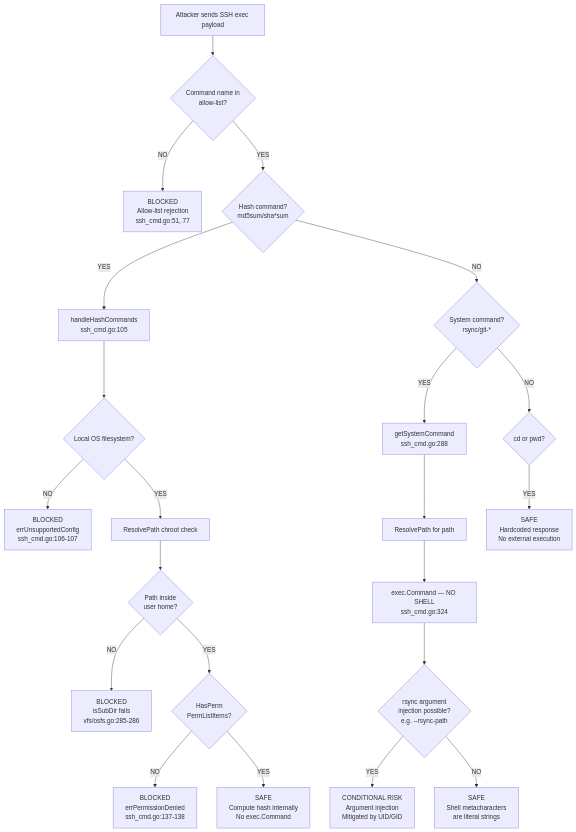
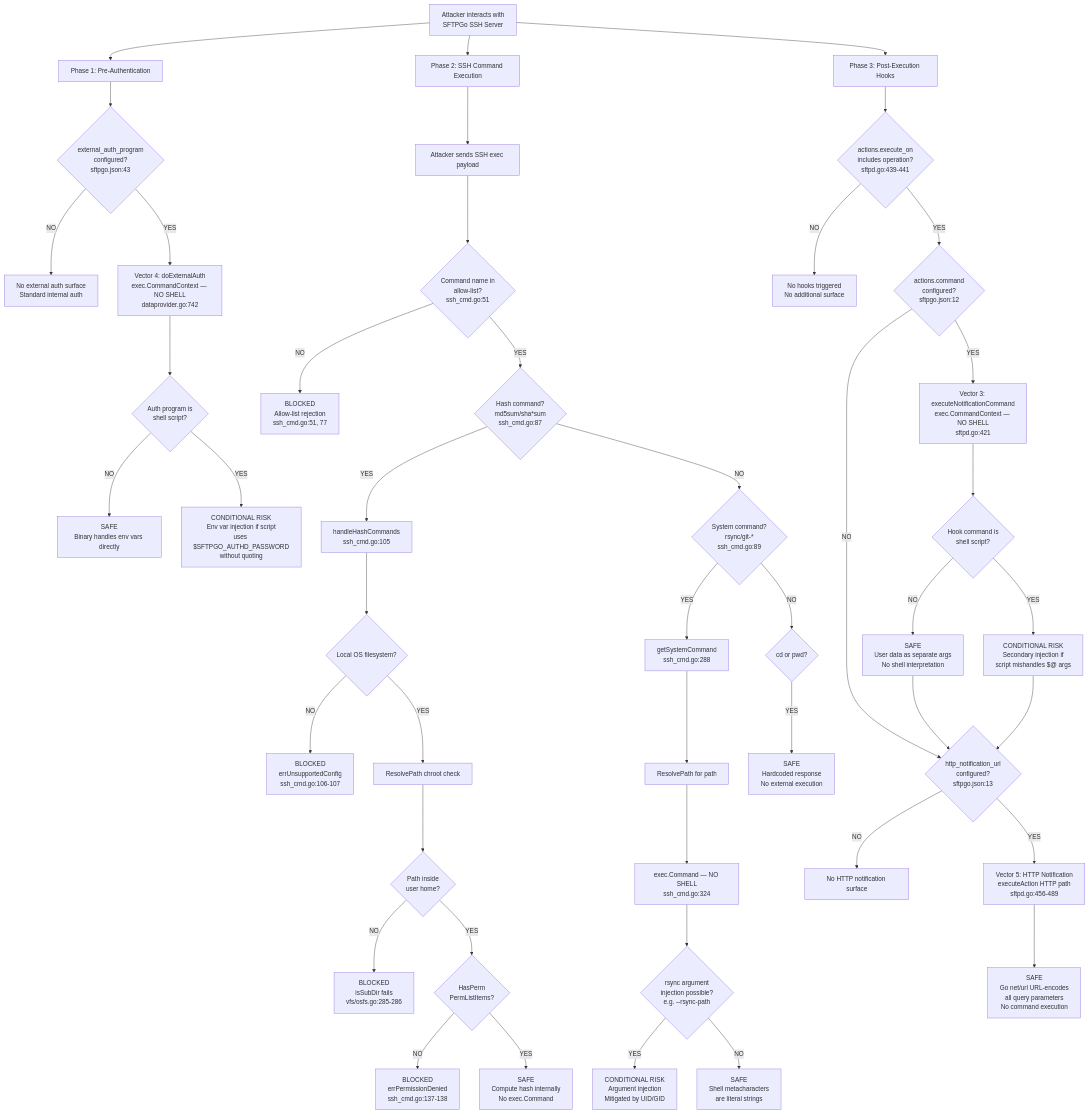
Before and after one commit to blitzy-research/sftpgo: the second of 3 diagrams in blitzy/documentation/sftpgo_44634210287c.md, drawn with Mermaid.

Commit message:
fix(docs): extend Attack Vector Decision Tree Mermaid diagram to cover all 5 injection vectors
- Added Phase 1 (Pre-Authentication) branch for Vector 4: External Auth Program
  with doExternalAuth exec.CommandContext reference (dataprovider.go:742)
- Preserved existing Phase 2 (SSH Command Execution) branches for Vectors 1 & 2
- Added Phase 3 (Post-Execution Hooks) branch for Vector 3: Action Hook Commands
  with executeNotificationCommand reference (sftpd.go:421)
- Added Phase 3 branch for Vector 5: HTTP Notification
  with executeAction HTTP path reference (sftpd.go:456-489)

Addresses QA finding: MINOR - Attack Vector Decision Tree missing Vectors 3-5

````diff
--- a/blitzy/documentation/sftpgo_44634210287c.md
+++ b/blitzy/documentation/sftpgo_44634210287c.md
@@ -1195,24 +1195,54 @@
 ```mermaid
 flowchart TD
-    A["Attacker sends SSH exec payload"] --> B{"Command name in<br/>allow-list?"}
+    START["Attacker interacts with<br/>SFTPGo SSH Server"] --> PHASE1["Phase 1: Pre-Authentication"]
+    START --> PHASE2["Phase 2: SSH Command Execution"]
+    START --> PHASE3["Phase 3: Post-Execution Hooks"]
+
+    %% === Vector 4: External Auth Program (Pre-Authentication) ===
+    PHASE1 --> V4CFG{"external_auth_program<br/>configured?<br/>sftpgo.json:43"}
+    V4CFG -- NO --> V4NONE["No external auth surface<br/>Standard internal auth"]
+    V4CFG -- YES --> V4["Vector 4: doExternalAuth<br/>exec.CommandContext — NO SHELL<br/>dataprovider.go:742"]
+    V4 --> V4SHELL{"Auth program is<br/>shell script?"}
+    V4SHELL -- NO --> V4SAFE["SAFE<br/>Binary handles env vars directly"]
+    V4SHELL -- YES --> V4RISK["CONDITIONAL RISK<br/>Env var injection if script<br/>uses $SFTPGO_AUTHD_PASSWORD<br/>without quoting"]
+
+    %% === Vectors 1 & 2: SSH Exec Channel (Command Execution) ===
+    PHASE2 --> A["Attacker sends SSH exec payload"]
+    A --> B{"Command name in<br/>allow-list?<br/>ssh_cmd.go:51"}
     B -- NO --> C["BLOCKED<br/>Allow-list rejection<br/>ssh_cmd.go:51, 77"]
-    B -- YES --> D{"Hash command?<br/>md5sum/sha*sum"}
+    B -- YES --> D{"Hash command?<br/>md5sum/sha*sum<br/>ssh_cmd.go:87"}
     D -- YES --> E["handleHashCommands<br/>ssh_cmd.go:105"]
     E --> F{"Local OS filesystem?"}
     F -- NO --> G["BLOCKED<br/>errUnsupportedConfig<br/>ssh_cmd.go:106-107"]
     F -- YES --> H["ResolvePath chroot check"]
     H --> I{"Path inside<br/>user home?"}
     I -- NO --> J["BLOCKED<br/>isSubDir fails<br/>vfs/osfs.go:285-286"]
     I -- YES --> K{"HasPerm<br/>PermListItems?"}
     K -- NO --> L["BLOCKED<br/>errPermissionDenied<br/>ssh_cmd.go:137-138"]
     K -- YES --> M["SAFE<br/>Compute hash internally<br/>No exec.Command"]
-    D -- NO --> N{"System command?<br/>rsync/git-*"}
+    D -- NO --> N{"System command?<br/>rsync/git-*<br/>ssh_cmd.go:89"}
     N -- YES --> O["getSystemCommand<br/>ssh_cmd.go:288"]
     O --> P["ResolvePath for path"]
     P --> Q["exec.Command — NO SHELL<br/>ssh_cmd.go:324"]
     Q --> R{"rsync argument<br/>injection possible?<br/>e.g. --rsync-path"}
     R -- YES --> S["CONDITIONAL RISK<br/>Argument injection<br/>Mitigated by UID/GID"]
     R -- NO --> T["SAFE<br/>Shell metacharacters<br/>are literal strings"]
     N -- NO --> U{"cd or pwd?"}
     U -- YES --> V["SAFE<br/>Hardcoded response<br/>No external execution"]
+
+    %% === Vectors 3 & 5: Post-Execution Action Hooks ===
+    PHASE3 --> POSTCFG{"actions.execute_on<br/>includes operation?<br/>sftpd.go:439-441"}
+    POSTCFG -- NO --> POSTDONE["No hooks triggered<br/>No additional surface"]
+    POSTCFG -- YES --> V3CFG{"actions.command<br/>configured?<br/>sftpgo.json:12"}
+    V3CFG -- YES --> V3["Vector 3: executeNotificationCommand<br/>exec.CommandContext — NO SHELL<br/>sftpd.go:421"]
+    V3 --> V3SHELL{"Hook command is<br/>shell script?"}
+    V3SHELL -- NO --> V3SAFE["SAFE<br/>User data as separate args<br/>No shell interpretation"]
+    V3SHELL -- YES --> V3RISK["CONDITIONAL RISK<br/>Secondary injection if<br/>script mishandles $@ args"]
+    V3CFG -- NO --> V5CFG
+    V3SAFE --> V5CFG
+    V3RISK --> V5CFG
+    V5CFG{"http_notification_url<br/>configured?<br/>sftpgo.json:13"}
+    V5CFG -- NO --> POSTDONE2["No HTTP notification surface"]
+    V5CFG -- YES --> V5["Vector 5: HTTP Notification<br/>executeAction HTTP path<br/>sftpd.go:456-489"]
+    V5 --> V5SAFE["SAFE<br/>Go net/url URL-encodes<br/>all query parameters<br/>No command execution"]
 ```
````
